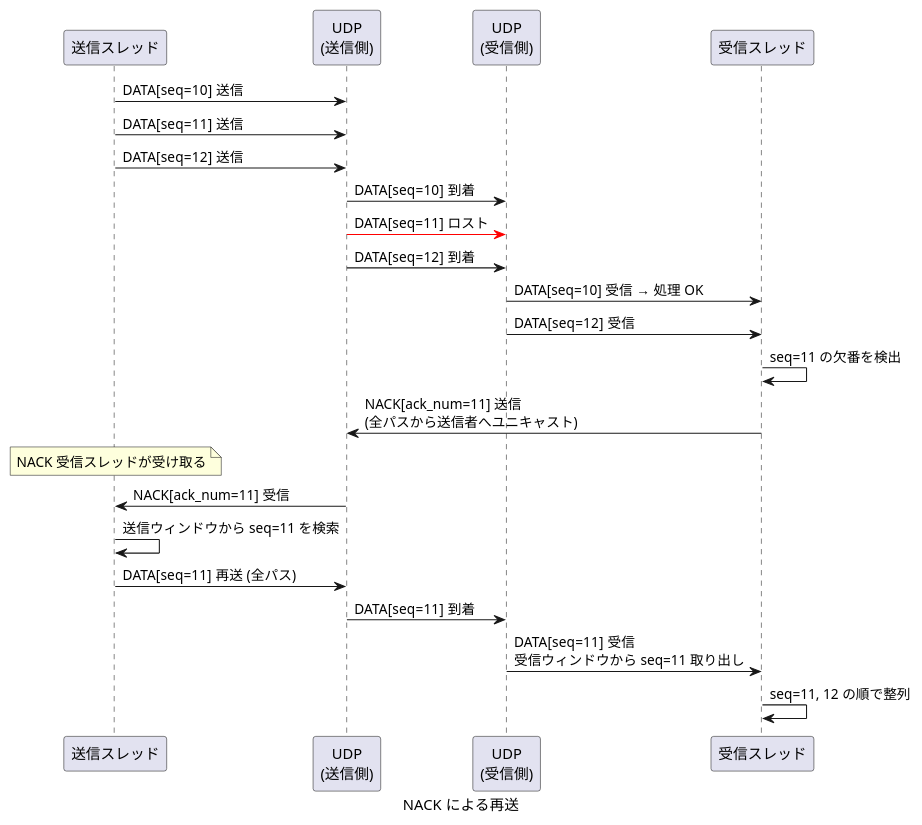
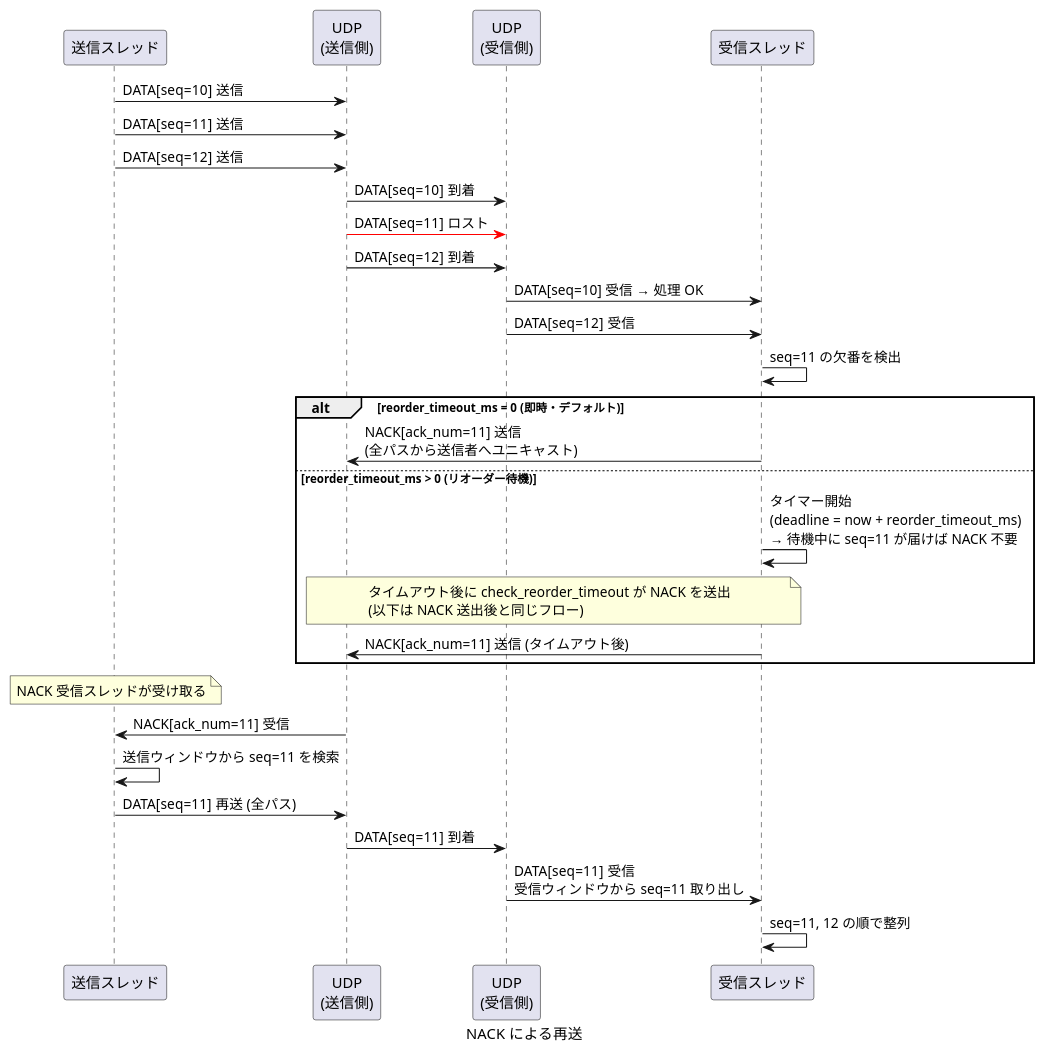
Before and after one commit to Hondarer/c-modernization-kit: the sixth of 16 diagrams in prod/porter/docs/sequence.md, drawn with PlantUML. The commit also changed other lines of this file and 9 other files, not shown here.

````diff
--- a/prod/porter/docs/sequence.md
+++ b/prod/porter/docs/sequence.md
@@ -192,37 +192,44 @@
 ```plantuml
 @startuml NACK による再送
 caption NACK による再送
 
 participant "送信スレッド" as ST
 participant "UDP\n(送信側)" as SUDP
 participant "UDP\n(受信側)" as RUDP
 participant "受信スレッド" as RRT
 
 ST -> SUDP: DATA[seq=10] 送信
 ST -> SUDP: DATA[seq=11] 送信
 ST -> SUDP: DATA[seq=12] 送信
 
 SUDP -> RUDP: DATA[seq=10] 到着
 SUDP -[#red]> RUDP: DATA[seq=11] ロスト
 SUDP -> RUDP: DATA[seq=12] 到着
 
 RUDP -> RRT: DATA[seq=10] 受信 → 処理 OK
 RUDP -> RRT: DATA[seq=12] 受信
 
 RRT -> RRT: seq=11 の欠番を検出
-RRT -> SUDP: NACK[ack_num=11] 送信\n(全パスから送信者へユニキャスト)
+
+alt reorder_timeout_ms = 0 (即時・デフォルト)
+  RRT -> SUDP: NACK[ack_num=11] 送信\n(全パスから送信者へユニキャスト)
+else reorder_timeout_ms > 0 (リオーダー待機)
+  RRT -> RRT: タイマー開始\n(deadline = now + reorder_timeout_ms)\n→ 待機中に seq=11 が届けば NACK 不要
+  note over RRT, SUDP: タイムアウト後に check_reorder_timeout が NACK を送出\n(以下は NACK 送出後と同じフロー)
+  RRT -> SUDP: NACK[ack_num=11] 送信 (タイムアウト後)
+end
 
 note over ST: NACK 受信スレッドが受け取る
 
 SUDP -> ST: NACK[ack_num=11] 受信
 ST -> ST: 送信ウィンドウから seq=11 を検索
 
 ST -> SUDP: DATA[seq=11] 再送 (全パス)
 
 SUDP -> RUDP: DATA[seq=11] 到着
 
 RUDP -> RRT: DATA[seq=11] 受信\n受信ウィンドウから seq=11 取り出し
 RRT -> RRT: seq=11, 12 の順で整列
 
 @enduml
 ```
````
